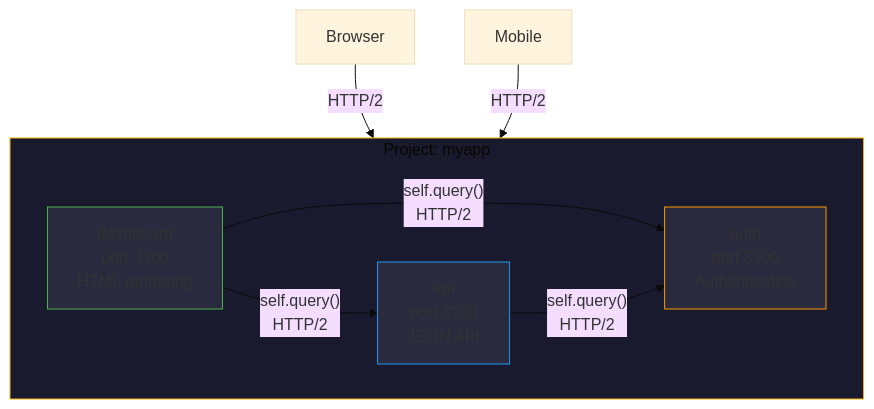
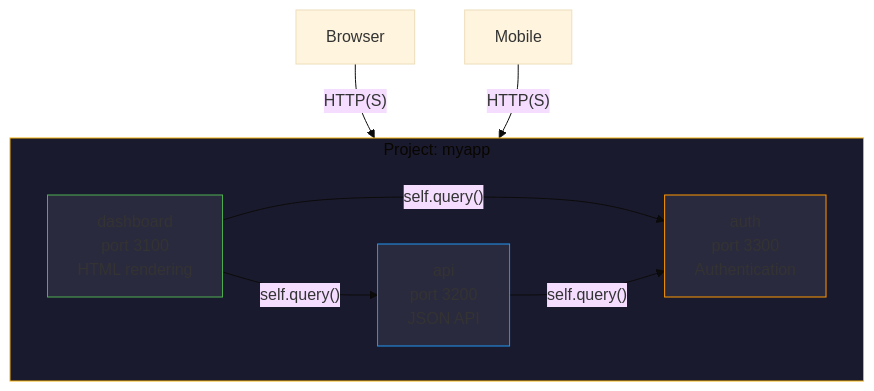
One commit to gina-io/docs changed the first of 3 diagrams in docs/guides/multi-bundle.md. Above: the diagram before and after it, drawn with Mermaid (base theme). The commit also changed other lines of this file and 6 other files, not shown here.

Commit message:
Correcting the pages that said bundles always speak HTTP/2: a new bundle serves HTTP/1.1, HTTP/2 needs protocol http/2.0 set together with scheme, and the multi-bundle example calls self.query() with a hostname and a path (#P47)

````diff
--- a/docs/guides/multi-bundle.md
+++ b/docs/guides/multi-bundle.md
@@ -77,20 +78,20 @@
 ```mermaid
 flowchart TD
     subgraph Project["Project: myapp"]
         direction LR
         A["dashboard<br/>port 3100<br/>HTML rendering"]
         B["api<br/>port 3200<br/>JSON API"]
         C["auth<br/>port 3300<br/>Authentication"]
     end
 
-    Browser -->|"HTTP/2"| A
-    Mobile -->|"HTTP/2"| B
-    A -->|"self.query()<br/>HTTP/2"| B
-    A -->|"self.query()<br/>HTTP/2"| C
-    B -->|"self.query()<br/>HTTP/2"| C
+    Browser -->|"HTTP(S)"| A
+    Mobile -->|"HTTP(S)"| B
+    A -->|"self.query()"| B
+    A -->|"self.query()"| C
+    B -->|"self.query()"| C
 
     style Project fill:#1a1a2e,stroke:#f2af0d
     style A fill:#2a2a3e,stroke:#4caf50
     style B fill:#2a2a3e,stroke:#2196f3
     style C fill:#2a2a3e,stroke:#ff9800
 ```
````
